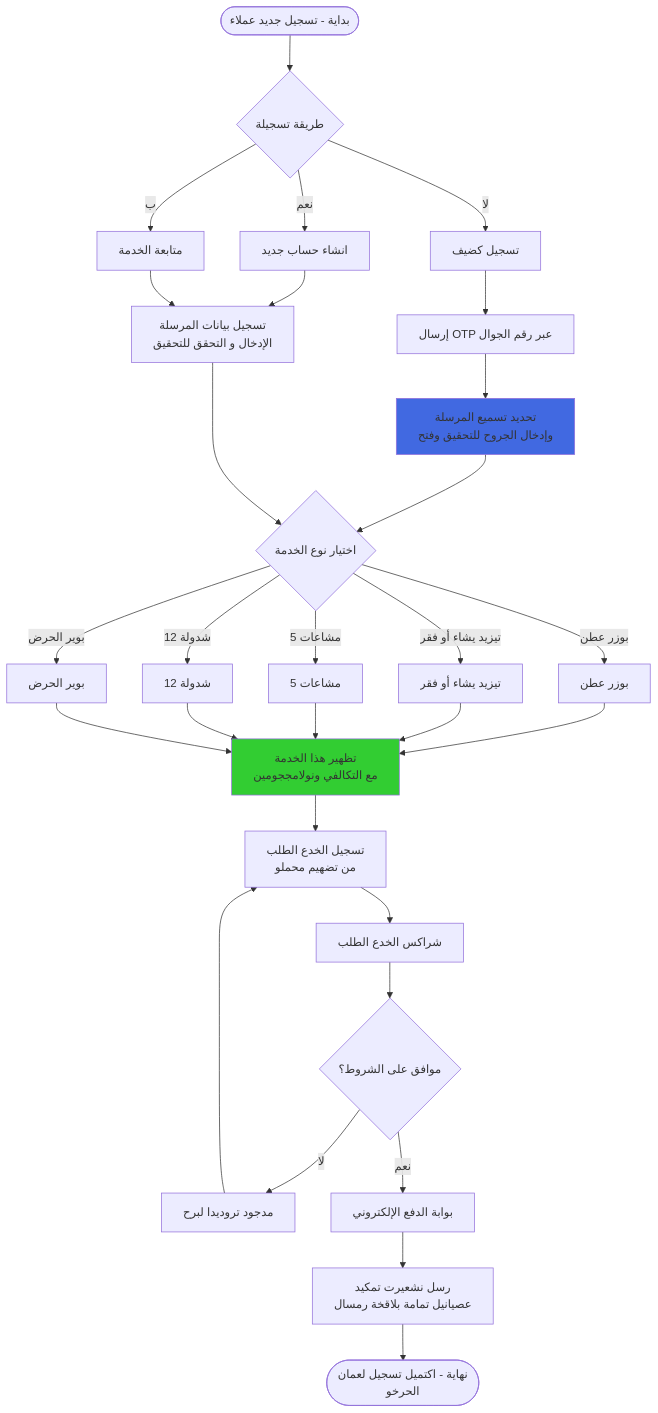
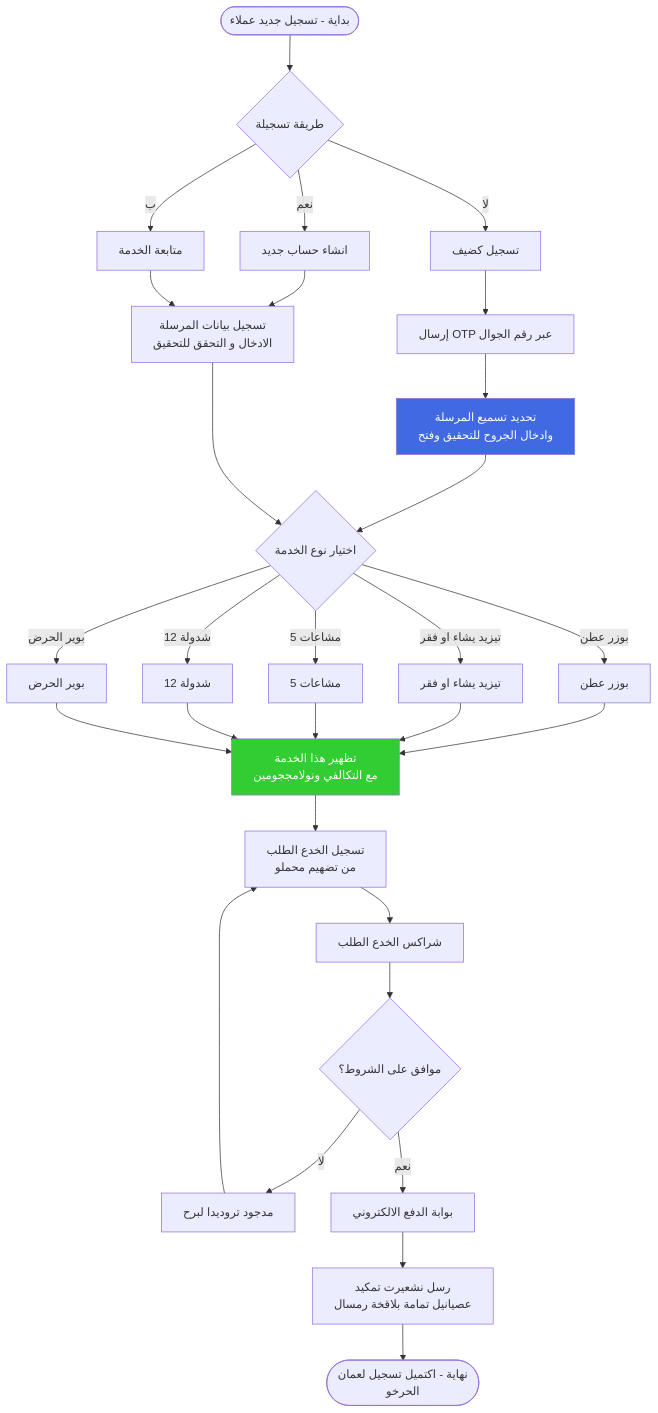
The tenth of 10 diagrams in diagrams.md (Rasheed1506993/B2C_B2B), drawn with Mermaid before and after one commit. The commit also changed other lines of this file, not shown here.

````diff
--- a/diagrams.md
+++ b/diagrams.md
@@ -473,47 +474,47 @@
 ```mermaid
 flowchart TD
     Start([بداية - تسجيل جديد عملاء]) --> RegMethod{طريقة تسجيلة}
     
     RegMethod -->|لا| Guest[تسجيل كضيف]
     RegMethod -->|نعم| CreateAccount[انشاء حساب جديد]
     RegMethod -->|ب| Continue[متابعة الخدمة]
     
     Guest --> OTP[إرسال OTP عبر رقم الجوال]
-    CreateAccount --> Verify[تسجيل بيانات المرسلة<br/>الإدخال و التحقق للتحقيق]
+    CreateAccount --> Verify[تسجيل بيانات المرسلة<br/>الادخال و التحقق للتحقيق]
     Continue --> Verify
     
-    OTP --> VerifyData[تحديد تسميع المرسلة<br/>وإدخال الجروح للتحقيق وفتح]
+    OTP --> VerifyData[تحديد تسميع المرسلة<br/>وادخال الجروح للتحقيق وفتح]
     
     VerifyData --> SelectService{اختيار نوع الخدمة}
     Verify --> SelectService
     
     SelectService -->|بوزر عطن| Type1[بوزر عطن]
-    SelectService -->|تيزيد يشاء أو فقر| Type2[تيزيد يشاء أو فقر]
+    SelectService -->|تيزيد يشاء او فقر| Type2[تيزيد يشاء او فقر]
     SelectService -->|مشاعات 5| Type3[مشاعات 5]
     SelectService -->|شدولة 12| Type4[شدولة 12]
     SelectService -->|بوير الحرض| Type5[بوير الحرض]
     
     Type1 --> DisplayService[تظهير هذا الخدمة<br/>مع التكالفي ونولامججومين]
     Type2 --> DisplayService
     Type3 --> DisplayService
     Type4 --> DisplayService
     Type5 --> DisplayService
     
     DisplayService --> SubmitRequest[تسجيل الخدع الطلب<br/>من تضهيم محملو]
     
     SubmitRequest --> ConfirmRequest[شراكس الخدع الطلب]
     
     ConfirmRequest --> ApprovalCheck{موافق على الشروط؟}
     
     ApprovalCheck -->|لا| ModifyBooking[مدجود تروديدا لبرح]
-    ApprovalCheck -->|نعم| PaymentPage[بوابة الدفع الإلكتروني]
+    ApprovalCheck -->|نعم| PaymentPage[بوابة الدفع الالكتروني]
     
     ModifyBooking --> SubmitRequest
     
     PaymentPage --> SendConfirmation[رسل نشعيرت تمكيد<br/>عصيانيل تمامة بلاقخة رمسال]
     
     SendConfirmation --> End([نهاية - اكتميل تسجيل لعمان<br/>الحرخو])
 
-    style VerifyData fill:#4169E1
-    style DisplayService fill:#32CD32
+    style VerifyData fill:#4169E1,color:#fff
+    style DisplayService fill:#32CD32,color:#fff
 ```
````
